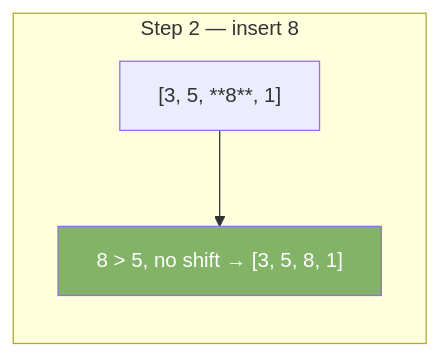
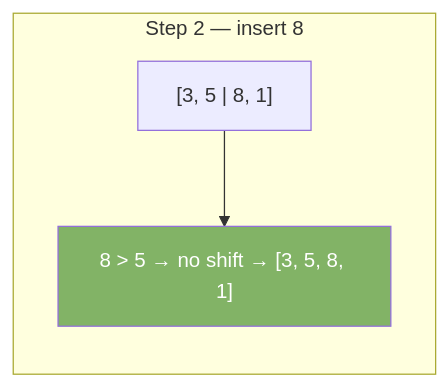
One commit to valarpirai/software-enginneering changed the second of 3 diagrams in docs/21-insertion-sort.md. Above: the diagram before and after it, drawn with Mermaid. The commit also changed other lines of this file and 3 other files, not shown here.

````diff
--- a/docs/21-insertion-sort.md
+++ b/docs/21-insertion-sort.md
@@ -33,7 +41,7 @@
 ```mermaid
 graph LR
     subgraph "Step 2 — insert 8"
-    A["[3, 5, **8**, 1]"] --> B["8 > 5, no shift → [3, 5, 8, 1]"]
+    C["[3, 5 | 8, 1]"] --> D["8 > 5 → no shift → [3, 5, 8, 1]"]
     end
-    style B fill:#82b366,color:#fff
+    style D fill:#82b366,color:#fff
 ```
````
